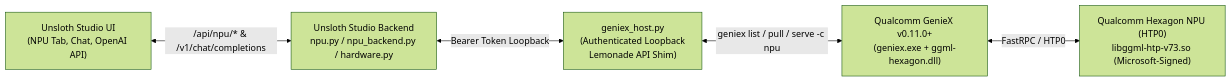
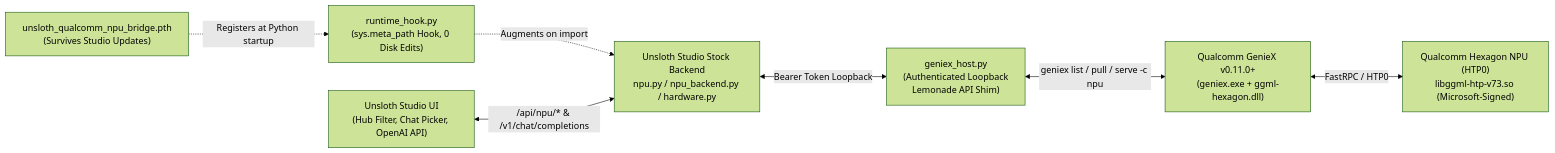
Before and after one commit to chadstthomas-svg/unsloth-qualcomm-npu-bridge: the diagram in README.md, drawn with Mermaid (forest theme). The commit also changed other lines of this file and 5 other files, not shown here.

Commit message:
feat: update-proof .pth runtime hook and before/after NPU benchmark chart

````diff
--- a/README.md
+++ b/README.md
@@ -19,13 +38,17 @@
 ```mermaid
 flowchart LR
-    UI["Unsloth Studio UI<br/>(NPU Tab, Chat, OpenAI API)"]
-    Backend["Unsloth Studio Backend<br/>npu.py / npu_backend.py / hardware.py"]
+    PTH["unsloth_qualcomm_npu_bridge.pth<br/>(Survives Studio Updates)"]
+    Hook["runtime_hook.py<br/>(sys.meta_path Hook, 0 Disk Edits)"]
+    UI["Unsloth Studio UI<br/>(Hub Filter, Chat Picker, OpenAI API)"]
+    Backend["Unsloth Studio Stock Backend<br/>npu.py / npu_backend.py / hardware.py"]
     Shim["geniex_host.py<br/>(Authenticated Loopback<br/>Lemonade API Shim)"]
     GenieX["Qualcomm GenieX v0.11.0+<br/>(geniex.exe + ggml-hexagon.dll)"]
     HTP0["Qualcomm Hexagon NPU (HTP0)<br/>libggml-htp-v73.so (Microsoft-Signed)"]
 
+    PTH -.->|Registers at Python startup| Hook
+    Hook -.->|Augments on import| Backend
     UI <-->|/api/npu/* & /v1/chat/completions| Backend
     Backend <-->|Bearer Token Loopback| Shim
     Shim <-->|geniex list / pull / serve -c npu| GenieX
     GenieX <-->|FastRPC / HTP0| HTP0
 ```
````
